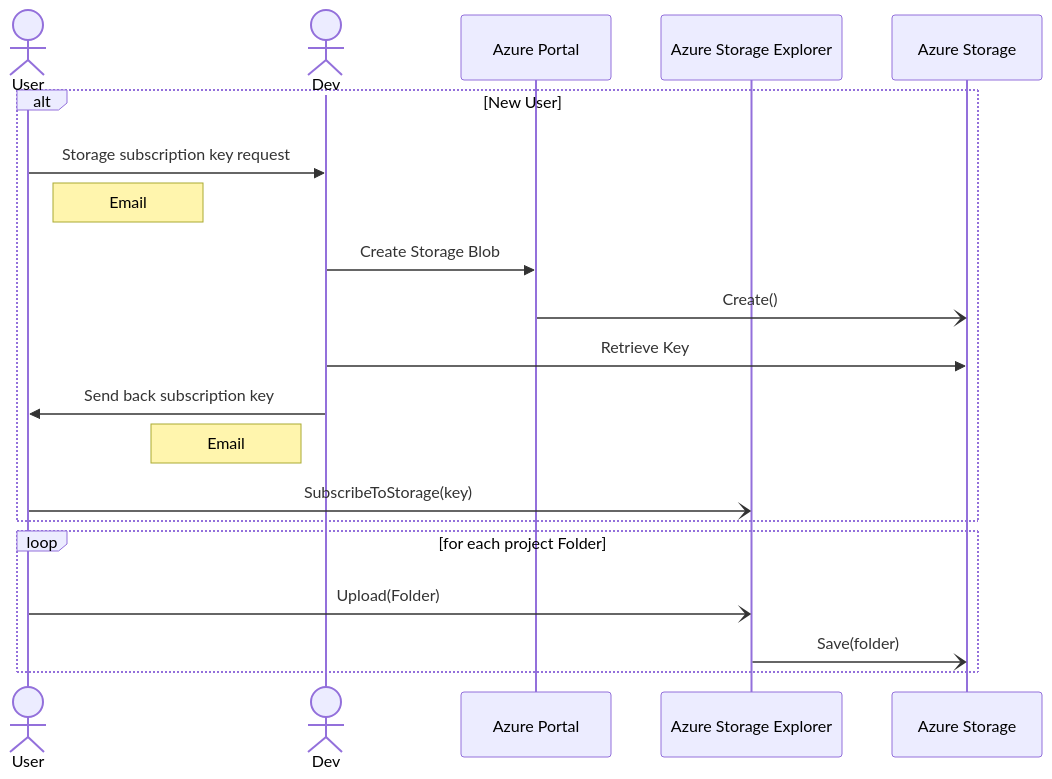
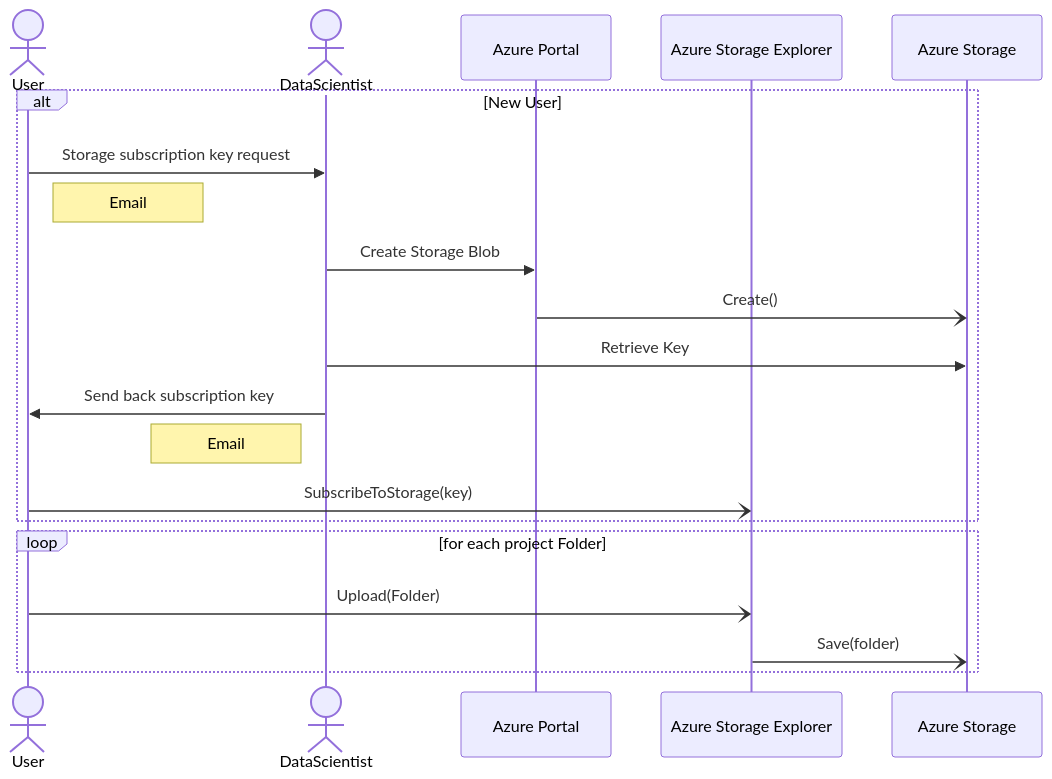
Before and after one commit to ai-cfia/ailab-datastore: the second of 3 diagrams in metadata-doc.md, drawn with Mermaid. The commit also changed other lines of this file and 6 other files, not shown here.

````diff
--- a/metadata-doc.md
+++ b/metadata-doc.md
@@ -13,24 +33,24 @@
 ``` mermaid  
-            sequenceDiagram
-                
-                actor User
-                actor Dev
-                participant Azure Portal
-                participant Azure Storage Explorer
-                participant Azure Storage
-                alt New User
-                    User->>Dev: Storage subscription key request 
-                    Note right of User: Email
-                    Dev->>Azure Portal: Create Storage Blob
-                    Azure Portal-)Azure Storage: Create()
-                    Dev->>Azure Storage: Retrieve Key
-                    Dev->>User: Send back subscription key
-                    Note left of Dev: Email
-                    User-)Azure Storage Explorer: SubscribeToStorage(key)
-                end
-                loop for each project Folder
-                    User-)Azure Storage Explorer: Upload(Folder)
-                    Azure Storage Explorer-) Azure Storage: Save(folder)
-                end
+sequenceDiagram
+    
+    actor User
+    actor DataScientist
+    participant Azure Portal
+    participant Azure Storage Explorer
+    participant Azure Storage
+    alt New User
+        User->>DataScientist: Storage subscription key request 
+        Note right of User: Email
+        DataScientist->>Azure Portal: Create Storage Blob
+        Azure Portal-)Azure Storage: Create()
+        DataScientist->>Azure Storage: Retrieve Key
+        DataScientist->>User: Send back subscription key
+        Note left of DataScientist: Email
+        User-)Azure Storage Explorer: SubscribeToStorage(key)
+    end
+    loop for each project Folder
+        User-)Azure Storage Explorer: Upload(Folder)
+        Azure Storage Explorer-) Azure Storage: Save(folder)
+    end
                 
 ``` 
````
